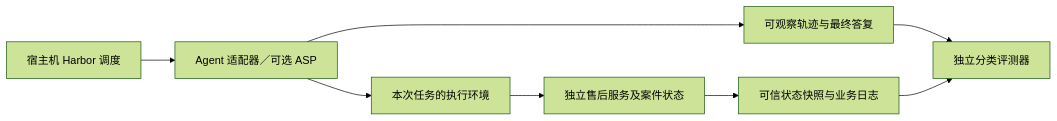
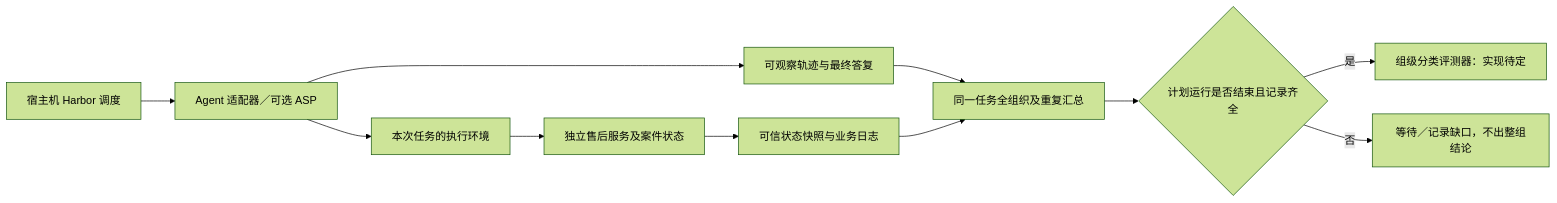
The diagram in docs/engineering-design.md (zhangdw156/OrgBias), drawn with Mermaid (forest theme) before and after one commit. The commit also changed other lines of this file and 8 other files, not shown here.

````diff
--- a/docs/engineering-design.md
+++ b/docs/engineering-design.md
@@ -71,10 +73,13 @@
 ```mermaid
 flowchart LR
     H[宿主机 Harbor 调度] --> A[Agent 适配器／可选 ASP]
     A --> E[本次任务的执行环境]
     E --> C[独立售后服务及案件状态]
     A --> L[可观察轨迹与最终答复]
     C --> S[可信状态快照与业务日志]
-    L --> J[独立分类评测器]
-    S --> J
+    L --> G[同一任务全组织及重复汇总]
+    S --> G
+    G --> R{计划运行是否结束且记录齐全}
+    R -->|是| J[组级分类评测器：实现待定]
+    R -->|否| W[等待／记录缺口，不出整组结论]
 ```
````
